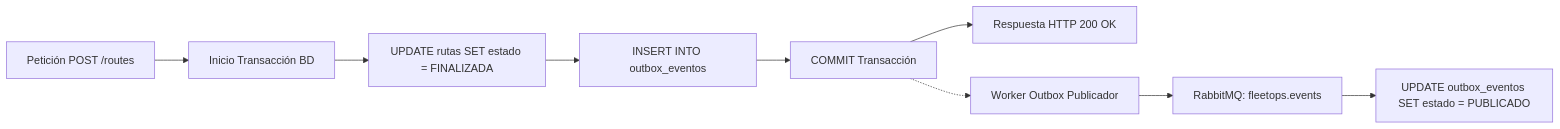
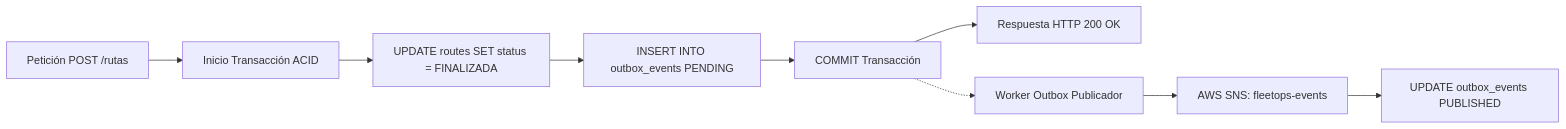
One commit to FleetOpsProyect/grupo_06_Telemetria changed the diagram in docs/03_documento_arquitectura_software_das.md. Above: the diagram before and after it, drawn with Mermaid. The commit also changed other lines of this file and 10 other files, not shown here.

Commit message:
docs: add business context, backlog, architecture, and guides

````diff
--- a/docs/03_documento_arquitectura_software_das.md
+++ b/docs/03_documento_arquitectura_software_das.md
@@ -82,11 +199,11 @@
 ```mermaid
 flowchart LR
-    A[Petición POST /routes] --> B[Inicio Transacción BD]
-    B --> C[UPDATE rutas SET estado = FINALIZADA]
-    C --> D[INSERT INTO outbox_eventos]
+    A[Petición POST /rutas] --> B[Inicio Transacción ACID]
+    B --> C[UPDATE routes SET status = FINALIZADA]
+    C --> D[INSERT INTO outbox_events PENDING]
     D --> E[COMMIT Transacción]
     E --> F[Respuesta HTTP 200 OK]
     E -.-> G[Worker Outbox Publicador]
-    G --> H[RabbitMQ: fleetops.events]
-    H --> I[UPDATE outbox_eventos SET estado = PUBLICADO]
+    G --> H[AWS SNS: fleetops-events]
+    H --> I[UPDATE outbox_events PUBLISHED]
 ```
````
